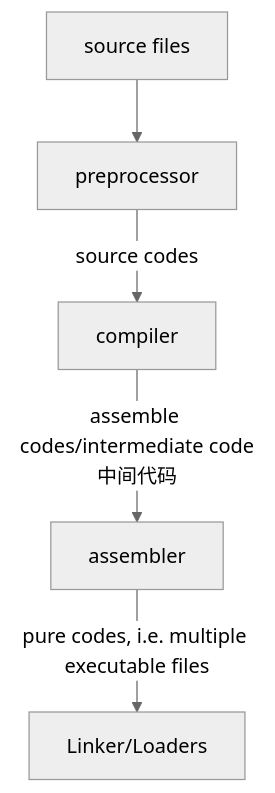
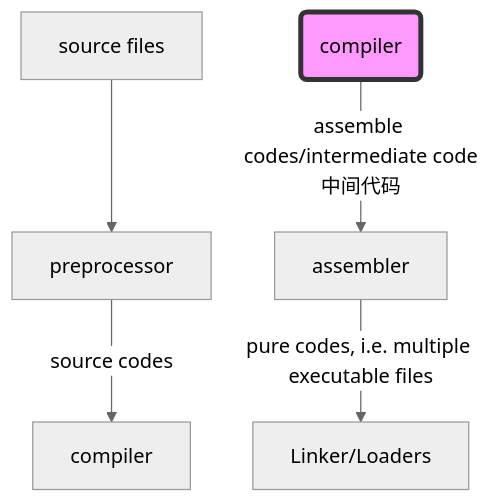
The diagram in 编译原理学习笔记.md (DCMMC/Notes), drawn with Mermaid (neutral theme) before and after one commit.

Commit message:
修改文件: 编译原理学习笔记.md

````diff
--- a/编译原理学习笔记.md
+++ b/编译原理学习笔记.md
@@ -45,7 +45,8 @@
 ```mermaid!
 graph TD;
 	id[source files] --> preprocessor;
 	preprocessor-- source codes -->compiler;
-	compiler-- assemble codes/intermediate code中间代码 -->assembler;
-	assembler-- pure codes, i.e. multiple executable files -->id1[Linker/Loaders];
+	id1(compiler)-- assemble codes/intermediate code中间代码 -->assembler;
+	assembler-- pure codes, i.e. multiple executable files -->id2[Linker/Loaders];
+	style id1 fill:#f9f,stroke:#333,stroke-width:4px;
 ```
````
